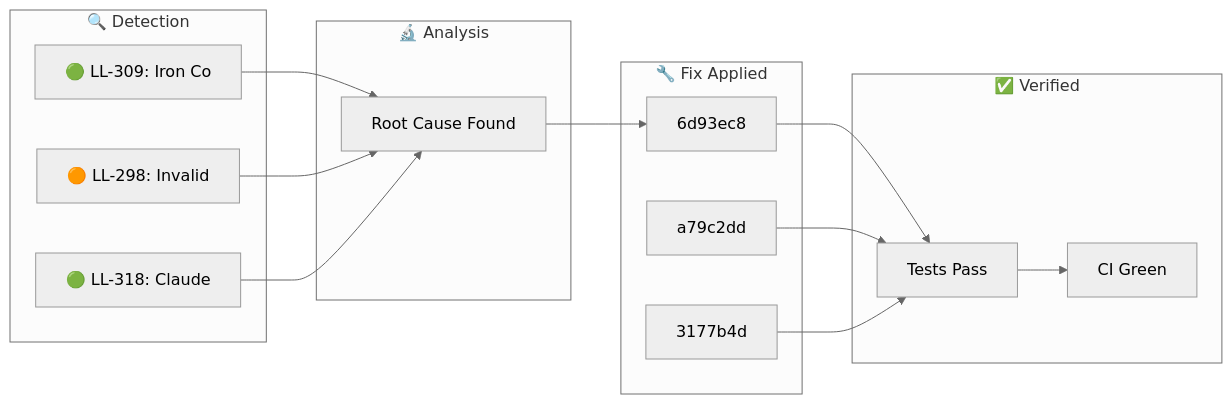
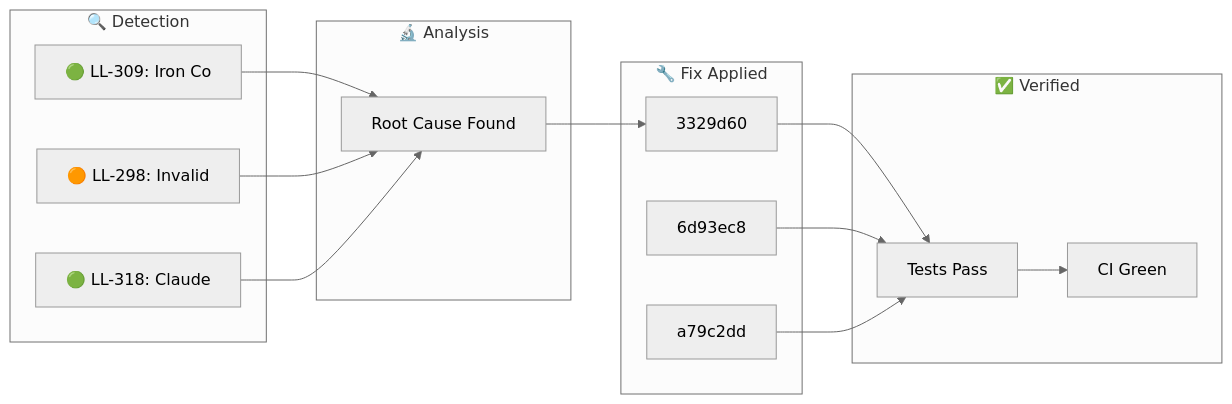
One commit to YoByron/trading changed the diagram in docs/_posts/2026-01-28-ralph-discovery.md. Above: the diagram before and after it, drawn with Mermaid (neutral theme). The commit also changed other lines of this file, not shown here.

Commit message:
docs(ralph): Auto-publish discovery blog post

````diff
--- a/docs/_posts/2026-01-28-ralph-discovery.md
+++ b/docs/_posts/2026-01-28-ralph-discovery.md
@@ -17,28 +17,28 @@
 ```mermaid
 flowchart LR
     subgraph Detection["🔍 Detection"]
         D1["🟢 LL-309: Iron Co"]
         D2["🟠 LL-298: Invalid"]
         D3["🟢 LL-318: Claude "]
     end
     subgraph Analysis["🔬 Analysis"]
         A1["Root Cause Found"]
     end
     subgraph Fix["🔧 Fix Applied"]
-        F1["6d93ec8"]
-        F2["a79c2dd"]
-        F3["3177b4d"]
+        F1["3329d60"]
+        F2["6d93ec8"]
+        F3["a79c2dd"]
     end
     subgraph Verify["✅ Verified"]
         V1["Tests Pass"]
         V2["CI Green"]
     end
     D1 --> A1
     D2 --> A1
     D3 --> A1
     A1 --> F1
     F1 --> V1
     F2 --> V1
     F3 --> V1
     V1 --> V2
 ```
````
